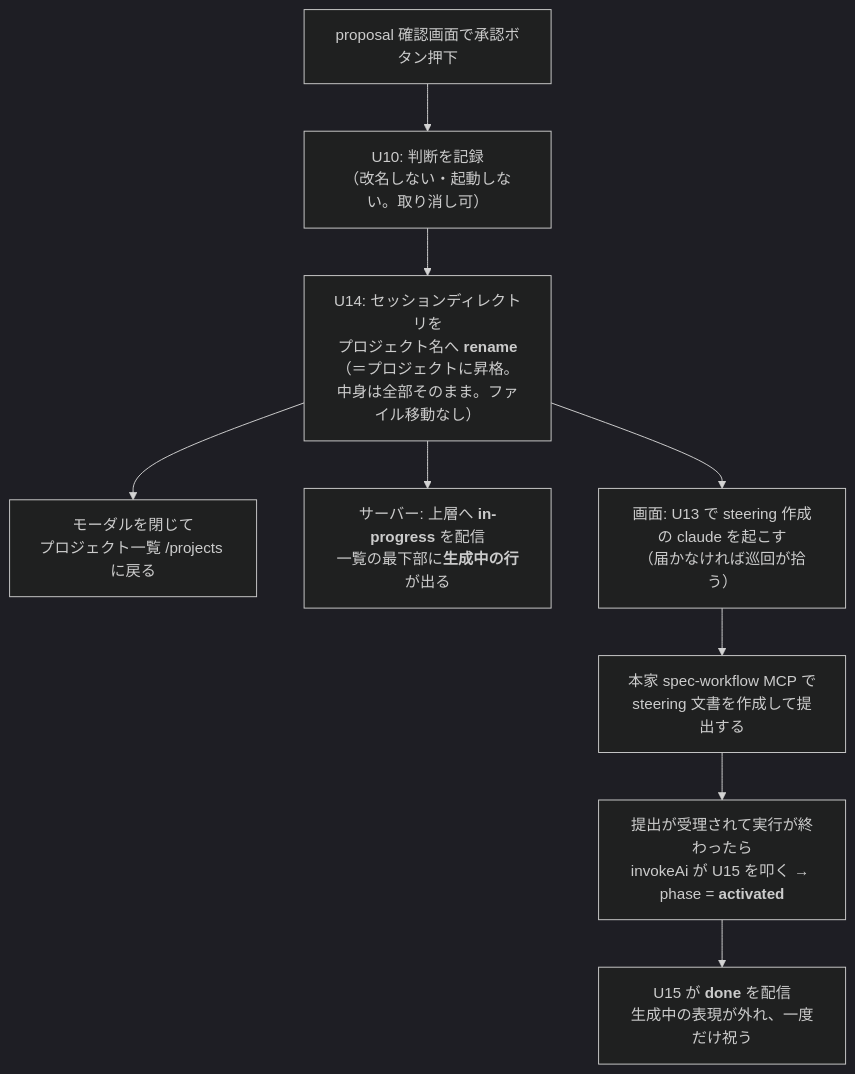
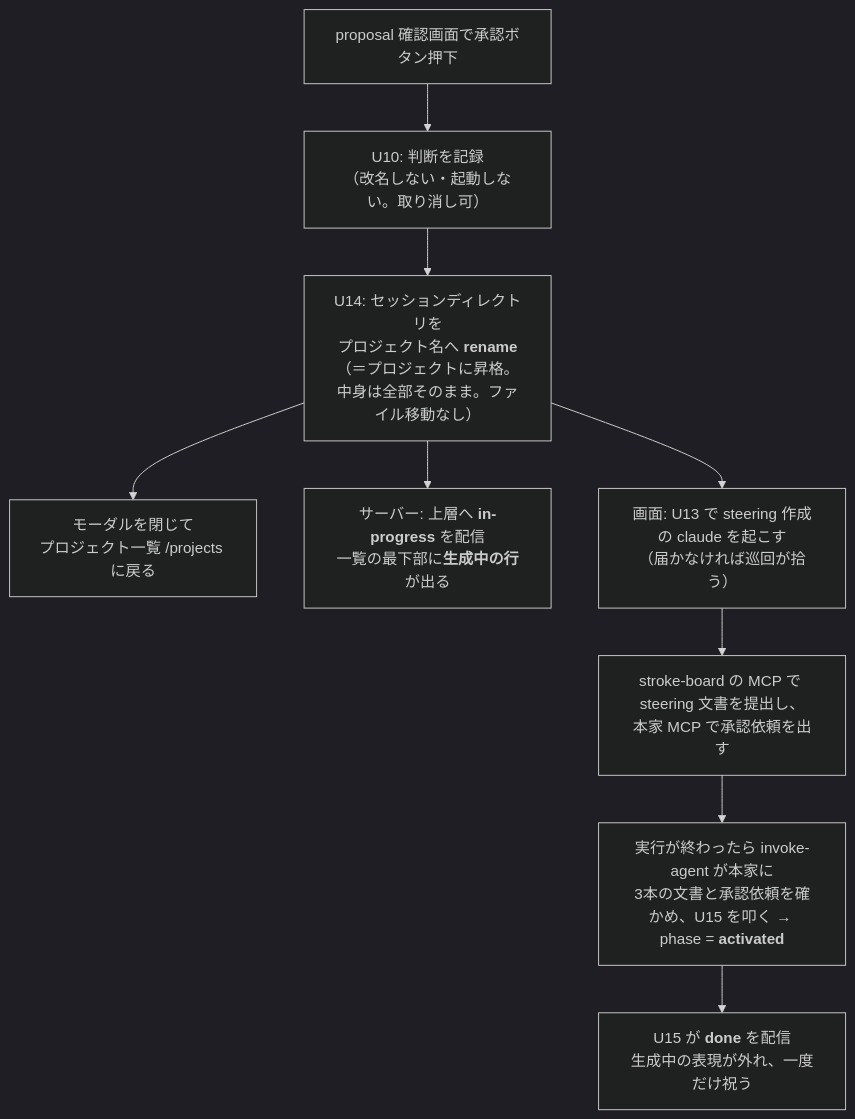
One commit to grrowapp/stroke changed the first of 2 diagrams in docs/specs/plan/portal-stroke-exit.md. Above: the diagram before and after it, drawn with Mermaid (dark theme). The commit also changed other lines of this file and 28 other files, not shown here.

First line of the commit message:
feat: MCP ツールと invoke-agent の責務境界を切り直し、steering の完成判定を本家 REST への問い合わせにする

````diff
--- a/docs/specs/plan/portal-stroke-exit.md
+++ b/docs/specs/plan/portal-stroke-exit.md
@@ -11,11 +11,11 @@
 ```mermaid
 flowchart TB
   approve["proposal 確認画面で承認ボタン押下"] --> decide["U10: 判断を記録<br>（改名しない・起動しない。取り消し可）"]
   decide --> ren["U14: セッションディレクトリを<br>プロジェクト名へ <b>rename</b>（＝プロジェクトに昇格。<br>中身は全部そのまま。ファイル移動なし）"]
   ren --> back["モーダルを閉じて<br>プロジェクト一覧 /projects に戻る"]
   ren --> show["サーバー: 上層へ <b>in-progress</b> を配信<br>一覧の最下部に<b>生成中の行</b>が出る"]
   ren --> launch["画面: U13 で steering 作成の claude を起こす<br>（届かなければ巡回が拾う）"]
-  launch --> steering["本家 spec-workflow MCP で<br>steering 文書を作成して提出する"]
-  steering --> record["提出が受理されて実行が終わったら<br>invokeAi が U15 を叩く → phase = <b>activated</b>"]
+  launch --> steering["stroke-board の MCP で steering 文書を提出し、<br>本家 MCP で承認依頼を出す"]
+  steering --> record["実行が終わったら invoke-agent が本家に<br>3本の文書と承認依頼を確かめ、U15 を叩く → phase = <b>activated</b>"]
   record --> done["U15 が <b>done</b> を配信<br>生成中の表現が外れ、一度だけ祝う"]
 ```
````
